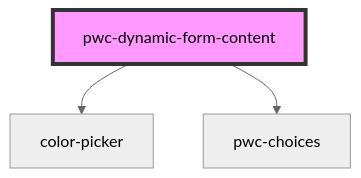
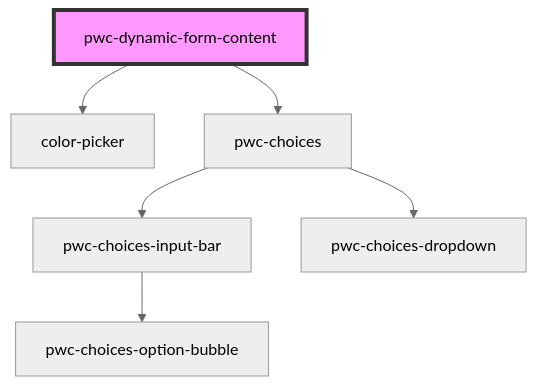
The diagram in src/components/pwc-dynamic-form-content/readme.md (Paraboly/pwc-dynamic-form), drawn with Mermaid (neutral theme) before and after one commit. The commit also changed 7 other files, not shown here.

Commit message:
pwc-choices update

````diff
--- a/src/components/pwc-dynamic-form-content/readme.md
+++ b/src/components/pwc-dynamic-form-content/readme.md
@@ -30,6 +30,9 @@
 ```mermaid
 graph TD;
   pwc-dynamic-form-content --> color-picker
   pwc-dynamic-form-content --> pwc-choices
+  pwc-choices --> pwc-choices-input-bar
+  pwc-choices --> pwc-choices-dropdown
+  pwc-choices-input-bar --> pwc-choices-option-bubble
   style pwc-dynamic-form-content fill:#f9f,stroke:#333,stroke-width:4px
 ```
````
